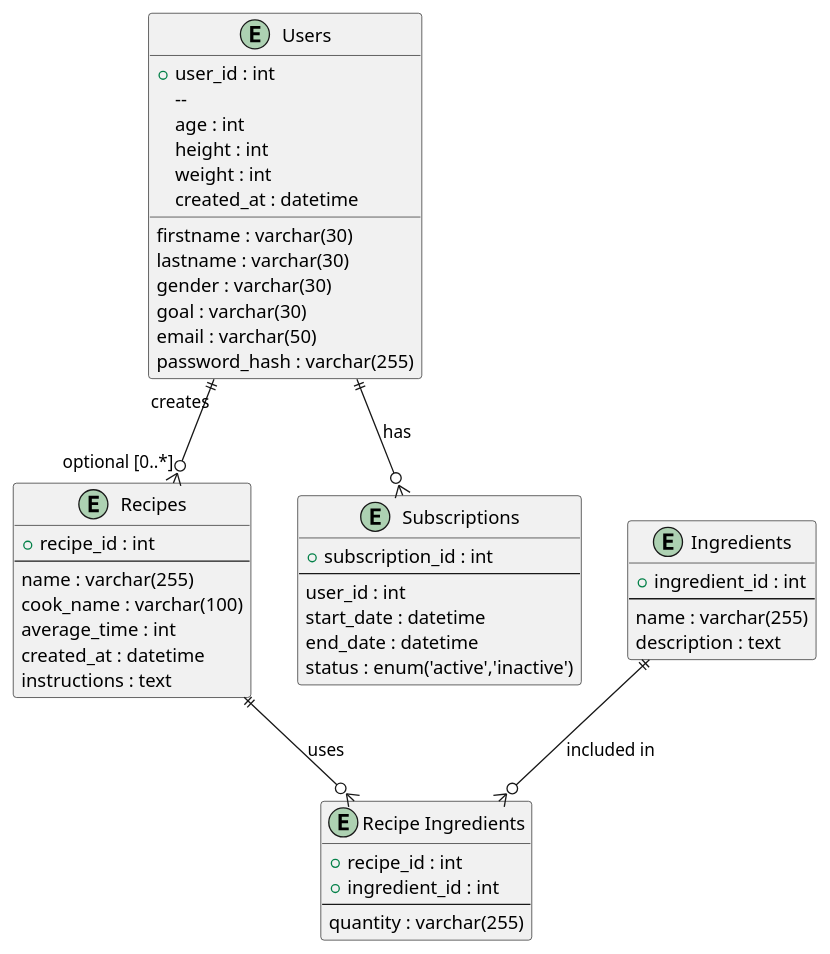
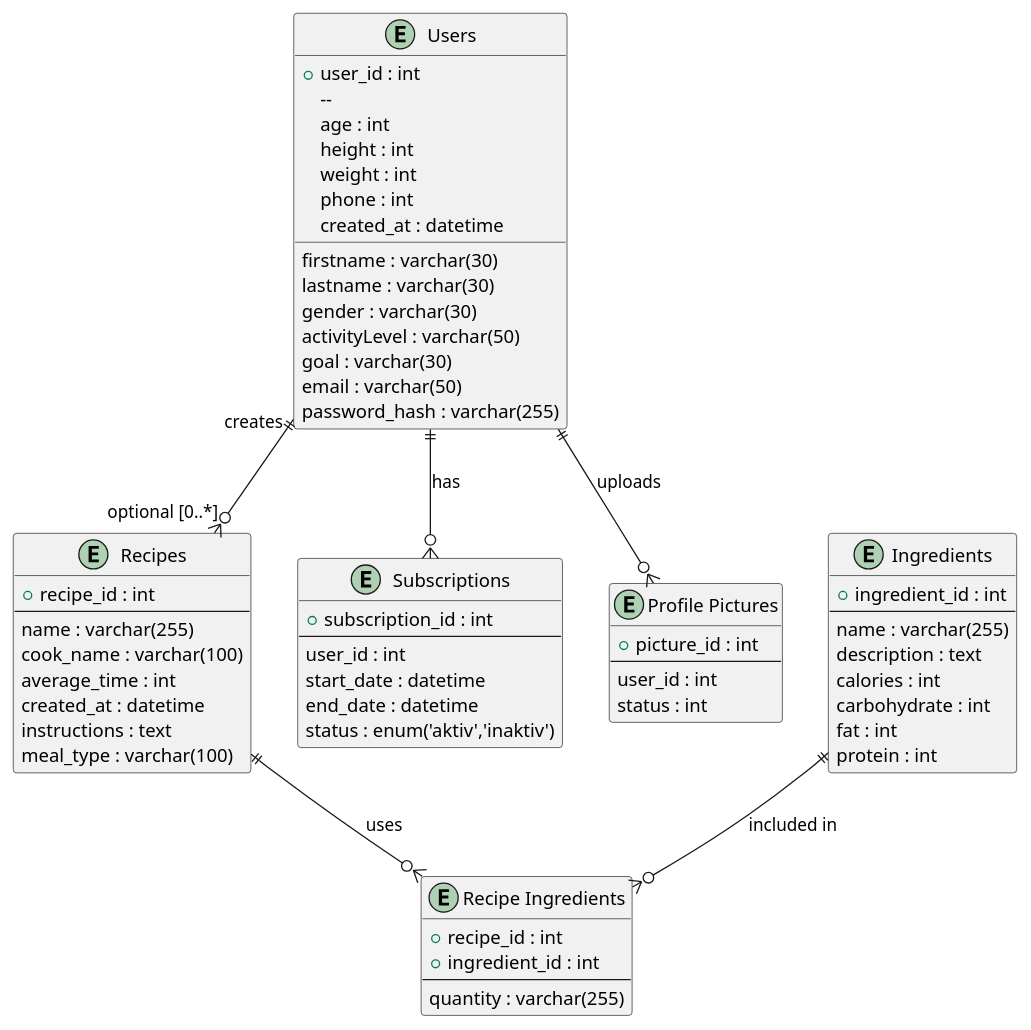
Before and after one commit to Emilkroldrup/MinKostPlan: the diagram in src/main/resources/static/diagrams/ER.plantuml, drawn with PlantUML. The commit also changed 3 other files, not shown here.

```diff
--- a/src/main/resources/static/diagrams/ER.plantuml
+++ b/src/main/resources/static/diagrams/ER.plantuml
@@ -1,59 +1,73 @@
 @startuml
 
 ' Define the entities
 entity "Users" as users {
   + user_id : int
   -- 
   firstname : varchar(30)
   lastname : varchar(30)
   age : int
   height : int
   weight : int
   gender : varchar(30)
+  activityLevel : varchar(50)
   goal : varchar(30)
   email : varchar(50)
+  phone : int
   password_hash : varchar(255)
   created_at : datetime
 }
 
 entity "Recipes" as recipes {
   + recipe_id : int
   --
   name : varchar(255)
   cook_name : varchar(100)
   average_time : int
   created_at : datetime
   instructions : text
+  meal_type : varchar(100)
 }
 
 entity "Ingredients" as ingredients {
   + ingredient_id : int
   --
   name : varchar(255)
   description : text
+  calories : int
+  carbohydrate : int
+  fat : int
+  protein : int
 }
 
 entity "Recipe Ingredients" as recipe_ingredients {
   + recipe_id : int
   + ingredient_id : int
   --
   quantity : varchar(255)
 }
 
 entity "Subscriptions" as subscriptions {
   + subscription_id : int
   --
   user_id : int
   start_date : datetime
   end_date : datetime
-  status : enum('active','inactive')
+  status : enum('aktiv','inaktiv')
+}
+
+entity "Profile Pictures" as profilepictures {
+  + picture_id : int
+  --
+  user_id : int
+  status : int
 }
 
 ' Define relationships
 recipes ||--o{ recipe_ingredients : "uses"
 ingredients ||--o{ recipe_ingredients : "included in"
 users ||--o{ recipes : "creates" "optional [0..*]"
 users ||--o{ subscriptions : "has"
-
+users ||--o{ profilepictures : "uploads"
 
 @enduml
```
